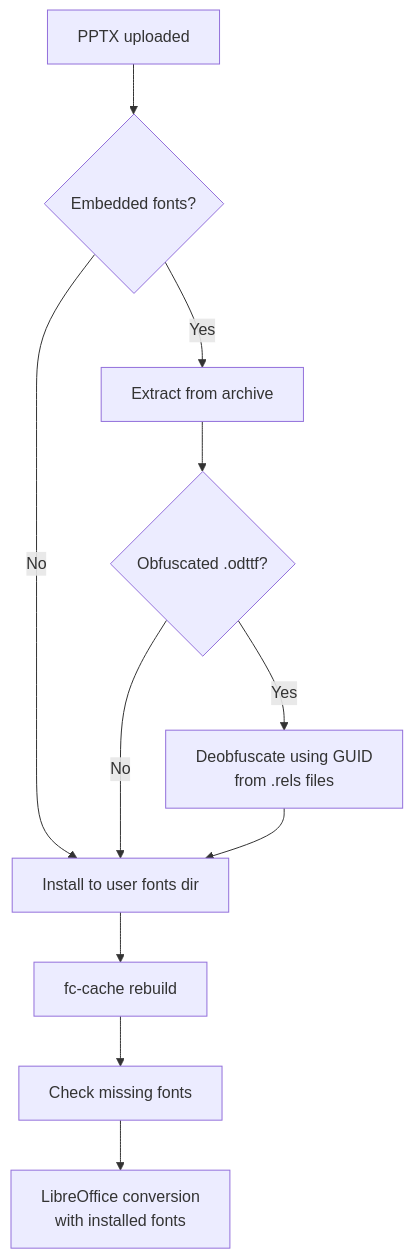
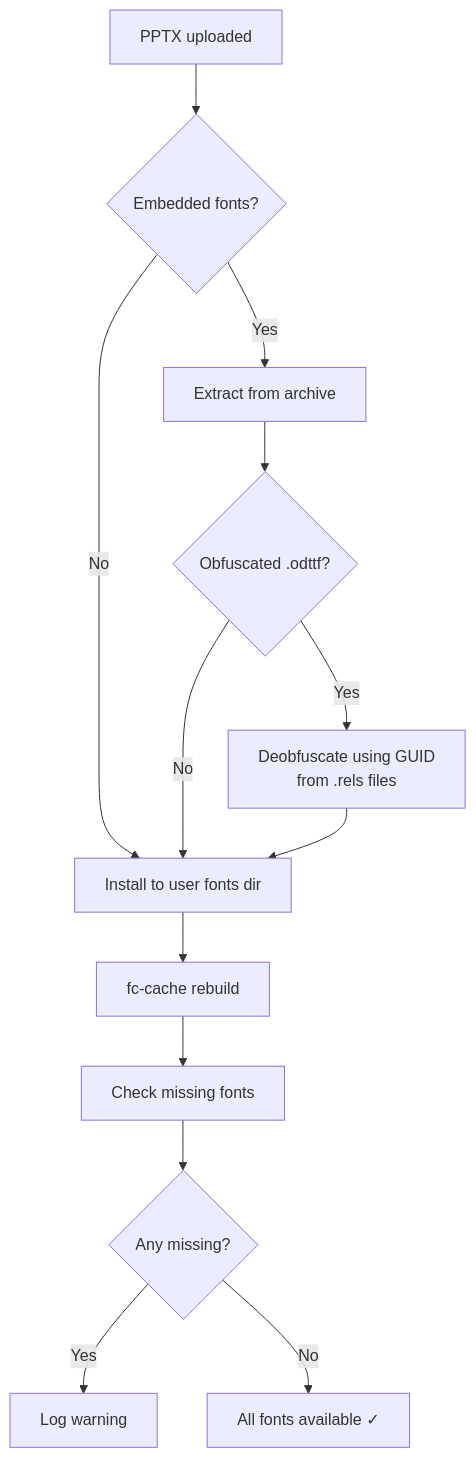
Before and after one commit to tjrtm/pptx-pdf-2-png-daemon: the first of 2 diagrams in docs/fonts.md, drawn with Mermaid. The commit also changed other lines of this file and 7 other files, not shown here.

````diff
--- a/docs/fonts.md
+++ b/docs/fonts.md
@@ -15,15 +68,17 @@
 ```mermaid
 flowchart TD
     A[PPTX uploaded] --> B{Embedded fonts?}
     B -->|Yes| C[Extract from archive]
     B -->|No| F
 
     C --> D{Obfuscated .odttf?}
     D -->|Yes| E[Deobfuscate using GUID<br/>from .rels files]
     D -->|No| F[Install to user fonts dir]
     E --> F
 
     F --> G[fc-cache rebuild]
     G --> H[Check missing fonts]
-    H --> I[LibreOffice conversion<br/>with installed fonts]
+    H --> I{Any missing?}
+    I -->|Yes| J[Log warning]
+    I -->|No| K[All fonts available ✓]
 ```
````
